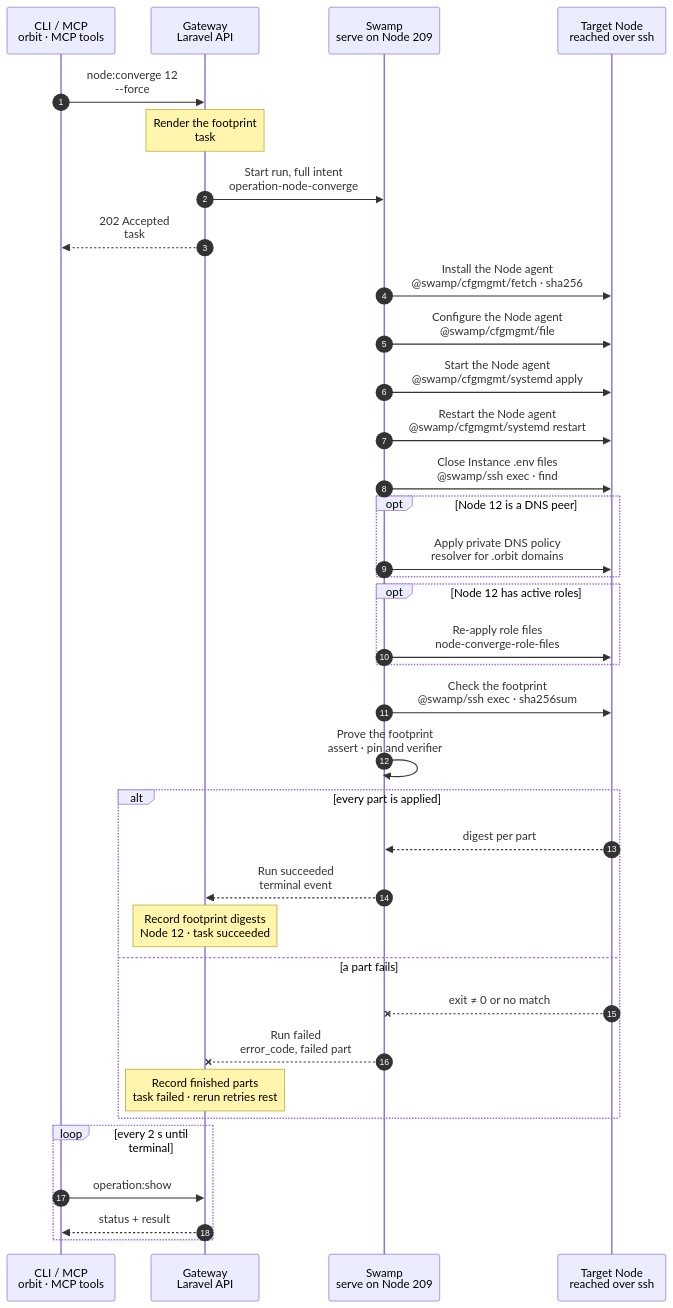
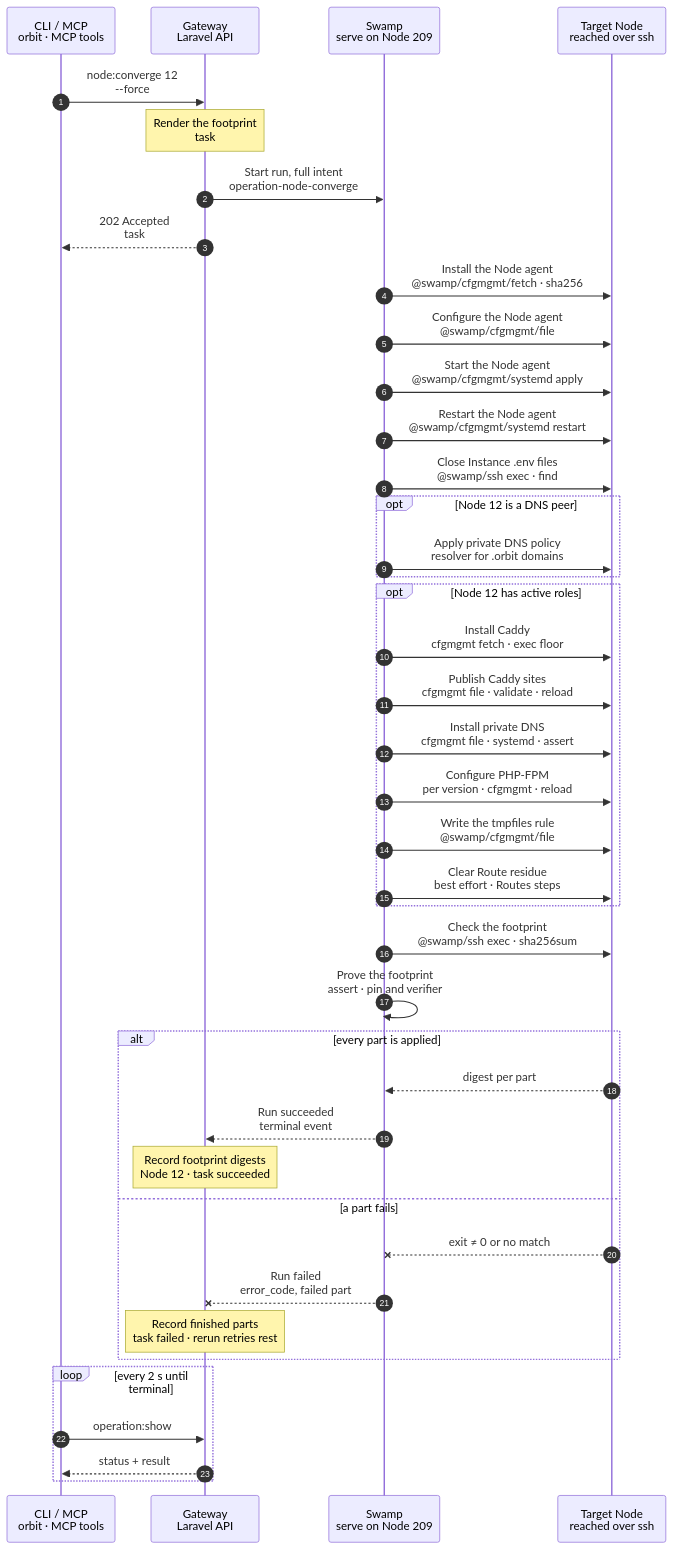
One commit to hardimpactdev/orbit changed the diagram in docs/flows/node.converge.mmd. Above: the diagram before and after it, drawn with Mermaid. The commit also changed 20 other files, not shown here.

First line of the commit message:
refactor(nodes): node.converge applies each role part with cfgmgmt child workflows, no shipped script (rule 22)

```diff
--- a/docs/flows/node.converge.mmd
+++ b/docs/flows/node.converge.mmd
@@ -1,150 +1,174 @@
 sequenceDiagram
   %% Target design: ADR 0243/0244 task, DECISIONS R1-R4, agent-observer-swamp-acts, single-swamp-node. docs/reference/node-provisioning.md#converge-the-orbit-footprint.
   %% status: draft
   %% command: node:converge
   autonumber
   %% lane CLI icon=terminal pill=caller tone=gray
   %% lane GW icon=gateway pill=intent tone=blue
   %% lane SW icon=workflow pill=executes tone=green
   %% lane N icon=server pill=target tone=amber
   participant CLI as CLI / MCP<br/>orbit · MCP tools
   participant GW as Gateway<br/>Laravel API
   participant SW as Swamp<br/>serve on Node 209
   participant N as Target Node<br/>reached over ssh
   CLI->>GW: node:converge 12<br/>--force
   %%> Command:
   %%> - `orbit node:converge 12 --force`
   %%> - syntax: `<node> [--force] [--idempotency-key=KEY] [--json]`
   %%> Input:
   %%> - the Node, by id or exact name
   %%> - `--force` re-applies every part, not only the parts whose digest changed
   %%> What it does:
   %%> - re-applies Orbit's own files on Node 12: the Node agent, the private DNS client policy, and the files of its active roles
   %%> - never changes an Instance, a Process, a Schedule or a role assignment, so it is safe on a Node that owns Instances
   %%> Who can call it:
   %%> - the `orbit` CLI, the MCP tool, and the fleet rollout send the same request
   Note over GW: Render the footprint<br/>task #5132 · digest per part
   %%> Requirements:
   %%> - your Node has an access grant to Node 12
   %%> - Node 12 is an active, managed Linux Node
   %%> - no other converge or Node agent rekey runs for Node 12; the Gateway holds one lock per Node
   %%> Builds:
   %%> - the pinned `orbit-agent` release and its SHA-256
   %%> - the Node agent configuration, Orbit root certificate and unit
   %%> - the private DNS client policy, when Node 12 is a peer with roles
   %%> Refuses:
   %%> - a part the Gateway cannot render, before any run starts
   %%> - the files of each active role, through the shared role steps
   %%> - one digest per part, from the Gateway's own code and pins; no SSH
   %%> Result:
   %%> - task #5132 recorded with the full intent and the parts to apply
   %%> - unchanged parts are left out, unless `--force`
   GW->>SW: Start run, full intent<br/>operation-node-converge
   %%> What it does:
   %%> - starts one Swamp run on serve (Node 209)
   %%> Inputs:
   %%> - the parts to apply, with their files and digests
   %%> - the agent's verifier hash, to check the existing key; never the key
   %%> - Node 12's address and SSH host keys; the SSH identity comes from the `swamp` role
   GW-->>CLI: 202 Accepted<br/>task #5132
   %%> What you get:
   %%> - the task number, at once
   %%> Next:
   %%> - the CLI follows the task with `operation:show`
   SW->>N: Install the Node agent<br/>@swamp/cfgmgmt/fetch · sha256
   %%> What it does:
   %%> - downloads the pinned `orbit-agent` release to `/usr/local/bin/orbit-agent` and checks its SHA-256
   %%> - a binary that already matches the pin is left alone
   %%> How:
   %%> - the official `@swamp/cfgmgmt/fetch` behavior over SSH from 209, with sudo
   %%> - no `orbit-agent command …`; the agent only observes and runs no actions
   SW->>N: Configure the Node agent<br/>@swamp/cfgmgmt/file
   %%> What it does:
   %%> - writes `config.toml` and `ca.pem` in `/etc/orbit/agent`, one official `file` behavior each
   %%> Keeps the key:
   %%> - never writes `/etc/orbit/agent/secret`; the end check compares it with the recorded verifier
   SW->>N: Start the Node agent<br/>@swamp/cfgmgmt/systemd apply
   %%> What it does:
   %%> - writes the `orbit-agent.service` unit the Gateway rendered, with access to the apps root, then enables and starts it
   SW->>N: Restart the Node agent<br/>@swamp/cfgmgmt/systemd restart
   %%> What it does:
   %%> - restarts the agent so it reads its new binary and files
   %%> Why always:
   %%> - this part only runs when its digest changed, or with `--force`
   SW->>N: Close Instance .env files<br/>@swamp/ssh exec · find
   %%> What it does:
   %%> - removes the world bits from `.env` in each Instance checkout under the apps root, in one `find`
   %%> On failure:
   %%> - best effort: a checkout that is gone does not fail the converge
   opt Node 12 is a DNS peer
     SW->>N: Apply private DNS policy<br/>resolver for .orbit domains
     %%> When:
     %%> - Node 12 is an active managed peer with roles; not the `vpn` Node and not the Gateway's Node
     %%> What it does:
     %%> - sends the private `.orbit` domains to the Orbit DNS server, with the split DNS policy
     %%> - no WireGuard tunnel restart
   end
   opt Node 12 has active roles
-    SW->>N: Re-apply role files<br/>node-converge-role-files
+    SW->>N: Install Caddy<br/>cfgmgmt fetch · exec floor
     %%> What it does:
-    %%> - runs one child workflow with the fleet recipe's agent-free role steps, only for parts whose digest changed
-    %%> Per role:
-    %%> - a Caddy role or Caddy sites: Caddy package floor, then the Caddyfile; validates it first and reloads Caddy gracefully
-    %%> - `app-dev`, `app-prod`: the managed PHP-FPM module; a graceful reload of valid running masters
+    %%> - downloads the pinned Caddy package with `@swamp/cfgmgmt/fetch`, checked against its SHA-256
+    %%> - installs it with `@swamp/cfgmgmt/exec`, unless the installed Caddy already meets the version floor
+    %%> - proves the floor with `dpkg --compare-versions`
+    %%> For:
+    %%> - a Caddy role or Caddy sites
+    %%> Every role part:
+    %%> - runs only when its digest changed or with `--force`
+    %%> - runs beside the other parts; one part's failure never stops another
+    SW->>N: Publish Caddy sites<br/>cfgmgmt file · validate · reload
+    %%> What it does:
+    %%> - writes the rendered Caddyfile as a candidate, validates it as the `caddy` user, publishes it with the Routes Caddy step, and removes the candidate
+    %%> - a Caddyfile Caddy refuses fails this part; the published Caddyfile stays
+    %%> - a Caddyfile the Gateway could not render is skipped and reported
+    SW->>N: Install private DNS<br/>cfgmgmt file · systemd · assert
+    %%> For:
+    %%> - a `vpn` Node that publishes private DNS
+    %%> What it does:
+    %%> - writes the listener release files, self-tests the release, then writes the socket and service units with `@swamp/cfgmgmt/systemd`
+    %%> - writes the dnsmasq records and the catalog, tests dnsmasq, restarts it and the listener
+    %%> - asserts that the listener loaded the new catalog
+    %%> No rollback:
+    %%> - a failed check leaves the new files; a rerun repairs them
+    SW->>N: Configure PHP-FPM<br/>per version · cfgmgmt · reload
+    %%> For:
+    %%> - `app-dev` and `app-prod`, once per PHP version; a version without PHP-FPM is skipped
+    %%> What it does:
+    %%> - writes Orbit's runtime settings, links them into PHP-FPM, sets the master's stop timeout, tests the configuration and reloads the running masters
+    SW->>N: Write the tmpfiles rule<br/>@swamp/cfgmgmt/file
+    %%> For:
     %%> - `app-dev`: the `/etc/tmpfiles.d/orbit.conf` rule for `/tmp/orbit-*` and `/dev/shm/orbit-*`; restarts nothing
-    %%> - `vpn`: the private DNS listener, records and catalog; restarts dnsmasq or the listener only for a change, and restores the last good copy when the new one fails its check
-    %%> - Route residue: removes the Caddy sites, PHP pools, certificates and LAN rules of removed Routes, best effort
-    %%> Checks:
-    %%> - each role step checks its own part: Caddy validates the Caddyfile, DNS answers, PHP-FPM masters reload
+    SW->>N: Clear Route residue<br/>best effort · Routes steps
+    %%> What it does:
+    %%> - removes the Caddy sites, PHP pools, certificates, LAN and ingress rules of removed Routes
+    %%> - a failure is reported and the part is retried on the next converge; it never fails the task
     %%> Not included:
     %%> - adding or removing a role, and Metrics exporters; those have their own commands
   end
   SW->>N: Check the footprint<br/>@swamp/ssh exec · sha256sum
   %%> What it does:
   %%> - reads the SHA-256 of the agent binary and of its key file in one command
   %%> Why:
   %%> - a part only counts as applied when the Node shows it
   SW->>SW: Prove the footprint<br/>assert · pin and verifier
   %%> What it does:
   %%> - Swamp's native `assert`: the binary is the pin and the key matches the recorded verifier
   %%> - a missing or mismatched key fails here; `orbit:node-agent-rekey` issues a new one
   %%> Returns:
   %%> - the end check; the Gateway reads every step's outcome from Swamp's run data
   alt every part is applied
     N-->>SW: digest per part
     %%> Returns:
     %%> - the check passed for every part
     SW-->>GW: Run succeeded<br/>terminal event
     %%> How the Gateway learns it:
     %%> - its shared run reader sees the terminal event; Swamp never calls the Gateway
     Note over GW: Record footprint digests<br/>Node 12 · task succeeded
     %%> Result:
     %%> - the digest of each applied part, and Node 12's footprint digest
     %%> - the fleet rollout sees Node 12 as up to date
     %%> - task #5132 succeeds
   else a part fails
     N--xSW: exit ≠ 0 or no match
     %%> When:
-    %%> - a download doesn't match its pin, the Node agent's key doesn't match, Caddy refuses the Caddyfile, or a check fails
+    %%> - a download doesn't match its pin, the Node agent's key doesn't match, Caddy or PHP-FPM refuse their configuration, or a check fails
     SW--xGW: Run failed<br/>error_code, failed part
     %%> The Gateway reads:
     %%> - which part failed and its error code, and which parts finished before it
     Note over GW: Record finished parts<br/>task failed · rerun retries rest
     %%> Result:
     %%> - the digests of the finished parts are recorded; the failed part keeps its old digest
-    %%> - when the role files step fails, every role part keeps its old digest
     %%> - task #5132 fails
     %%> On the Node:
-    %%> - finished parts stay; there is no rollback, except the DNS listener's restore of its last good copy
+    %%> - finished parts stay; there is no rollback
     %%> - the running Node agent keeps its key, so it keeps reporting
     %%> Retry:
     %%> - run the same command again after fixing the cause; it applies only the parts that are still different
   end
   loop every 2 s until terminal
     CLI->>GW: operation:show #5132
     %%> What it does:
     %%> - asks for the task's status every 2 seconds until it has ended
     GW-->>CLI: status + result
     %%> Returns:
     %%> - the current status, and the result once the task has ended
   end
```
